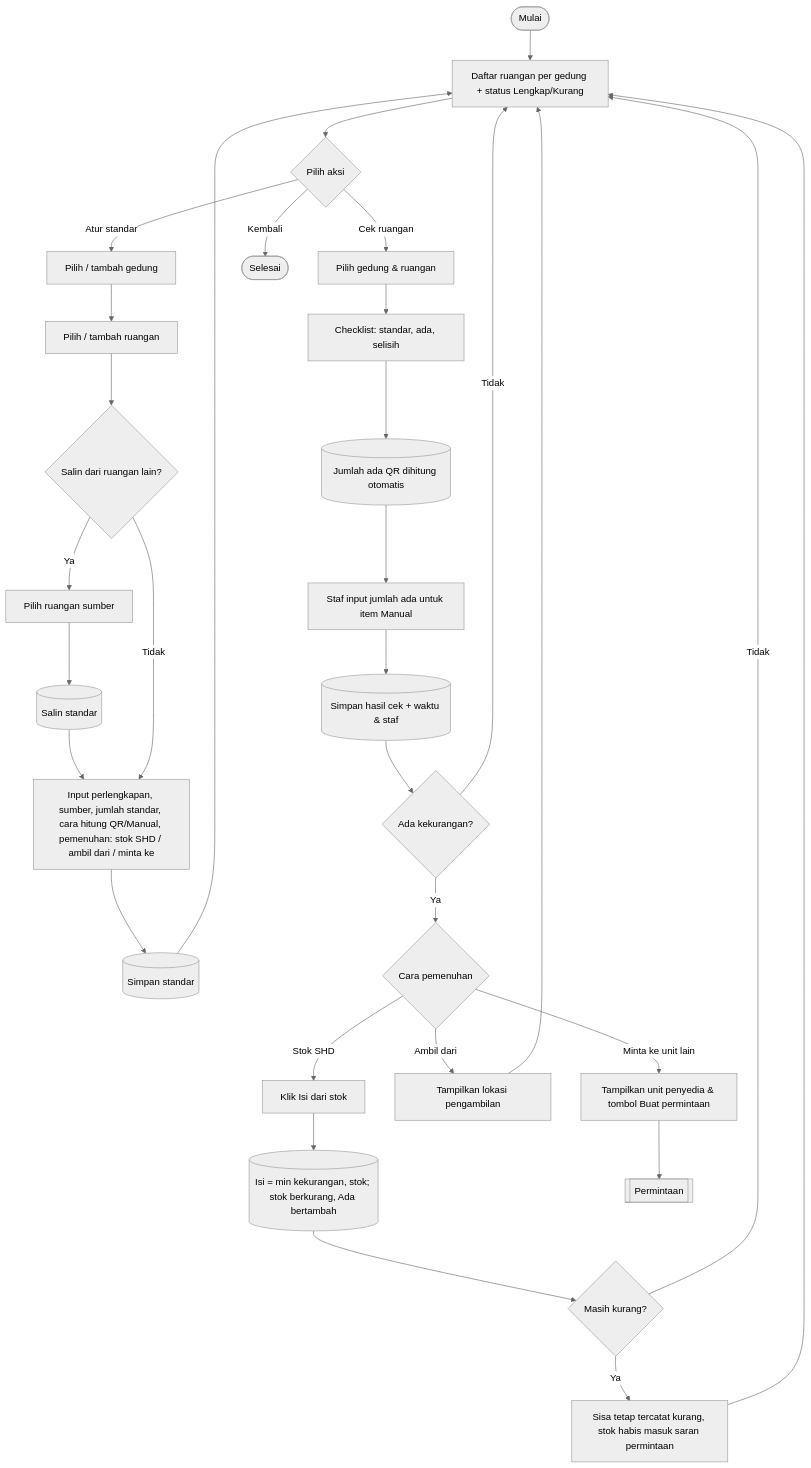
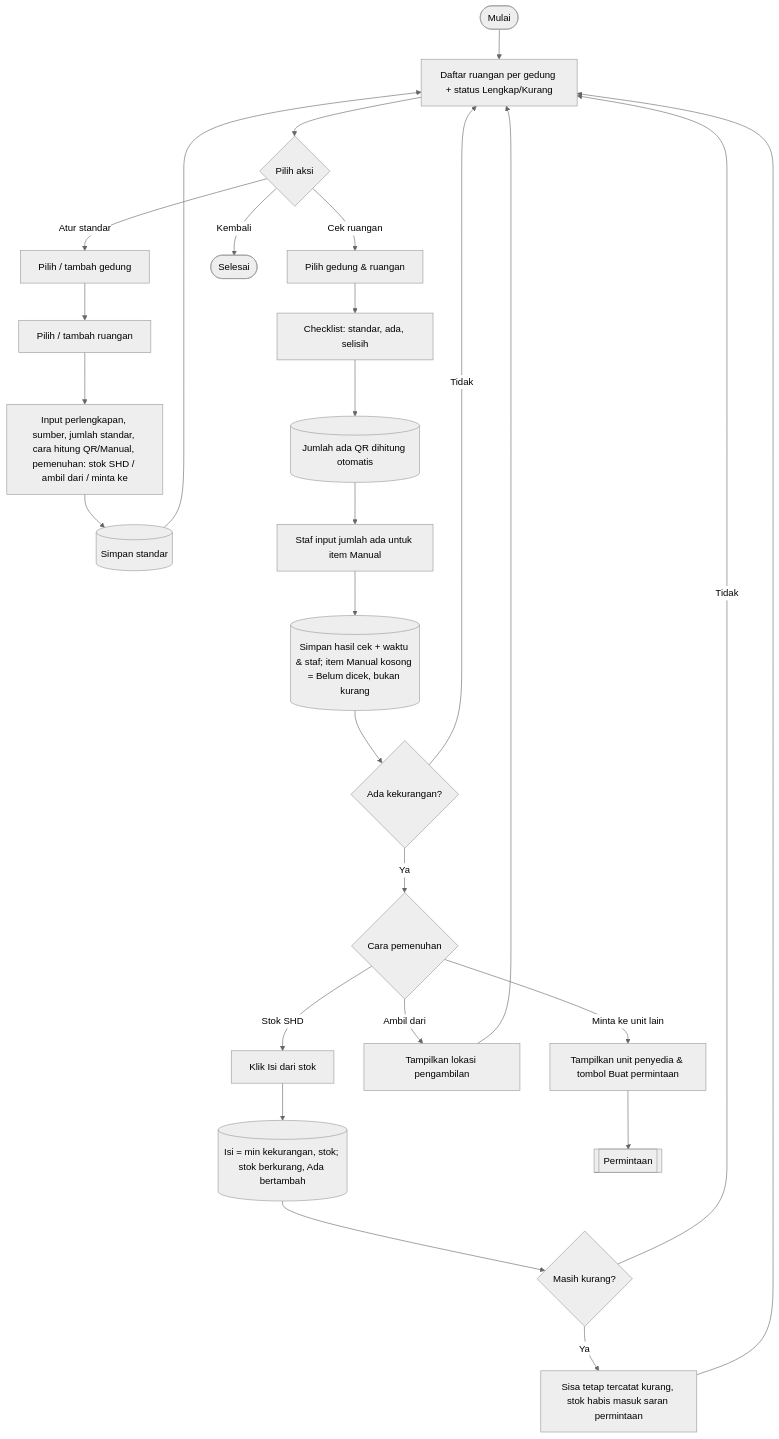
One commit to mrizqihidayat/system-tracking-asset changed the fifth of 7 diagrams in docs/flowchart.md. Above: the diagram before and after it, drawn with Mermaid (neutral theme). The commit also changed 50 other files, not shown here.

Commit message:
T13-T16: kelengkapan ruangan, CRUD data master, permintaan ke unit lain, dashboard, upload file aset

````diff
--- a/docs/flowchart.md
+++ b/docs/flowchart.md
@@ -160,27 +160,25 @@
 ```mermaid
 flowchart TD
     A([Mulai]) --> B[Daftar ruangan per gedung + status Lengkap/Kurang]
     B --> C{Pilih aksi}
 
     C -- Atur standar --> S1[Pilih / tambah gedung] --> S2[Pilih / tambah ruangan]
-    S2 --> S3{Salin dari ruangan lain?}
-    S3 -- Ya --> S4[Pilih ruangan sumber] --> S5[(Salin standar)] --> S6
-    S3 -- Tidak --> S6[Input perlengkapan, sumber, jumlah standar, cara hitung QR/Manual, pemenuhan: stok SHD / ambil dari / minta ke]
+    S2 --> S6[Input perlengkapan, sumber, jumlah standar, cara hitung QR/Manual, pemenuhan: stok SHD / ambil dari / minta ke]
     S6 --> S7[(Simpan standar)] --> B
 
     C -- Cek ruangan --> K1[Pilih gedung & ruangan] --> K2[Checklist: standar, ada, selisih]
     K2 --> K3[(Jumlah ada QR dihitung otomatis)]
     K3 --> K4[Staf input jumlah ada untuk item Manual]
-    K4 --> K5[(Simpan hasil cek + waktu & staf)]
+    K4 --> K5[(Simpan hasil cek + waktu & staf; item Manual kosong = Belum dicek, bukan kurang)]
     K5 --> K6{Ada kekurangan?}
     K6 -- Tidak --> B
     K6 -- Ya --> K7{Cara pemenuhan}
     K7 -- Stok SHD --> F1[Klik Isi dari stok] --> F2[(Isi = min kekurangan, stok; stok berkurang, Ada bertambah)]
     F2 --> F3{Masih kurang?}
     F3 -- Tidak --> B
     F3 -- Ya --> F4[Sisa tetap tercatat kurang, stok habis masuk saran permintaan] --> B
     K7 -- Ambil dari --> K8[Tampilkan lokasi pengambilan] --> B
     K7 -- Minta ke unit lain --> K9[Tampilkan unit penyedia & tombol Buat permintaan] --> K10[[Permintaan]]
 
     C -- Kembali --> Z([Selesai])
 ```
````
